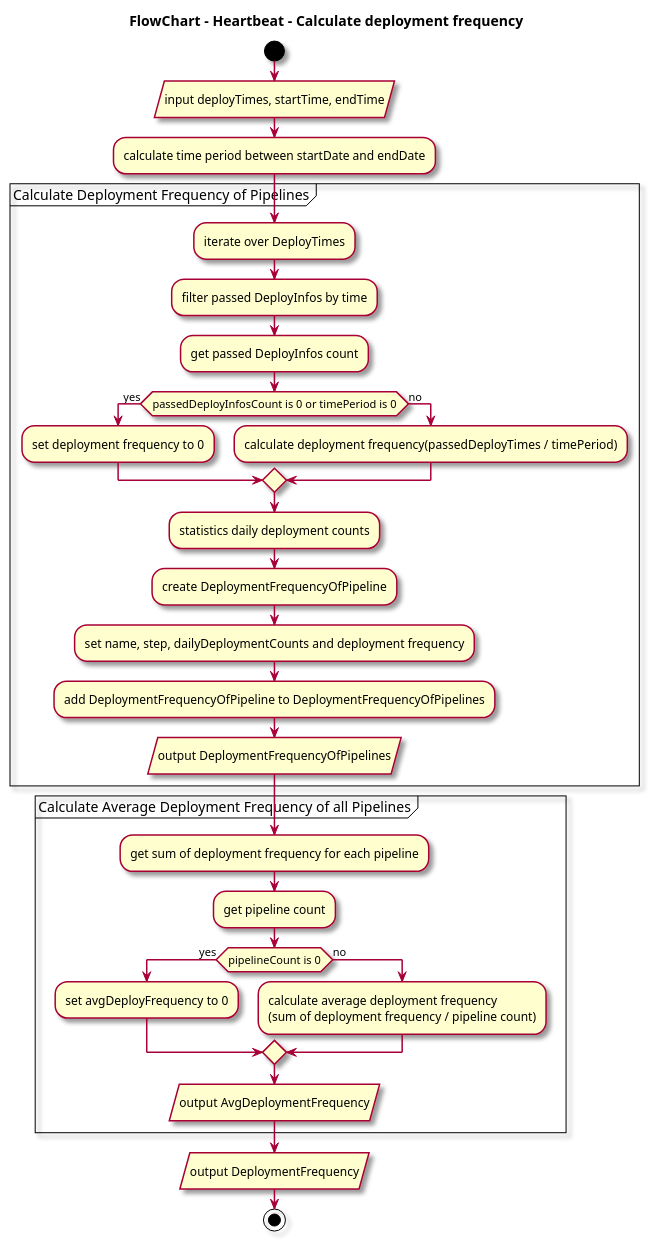
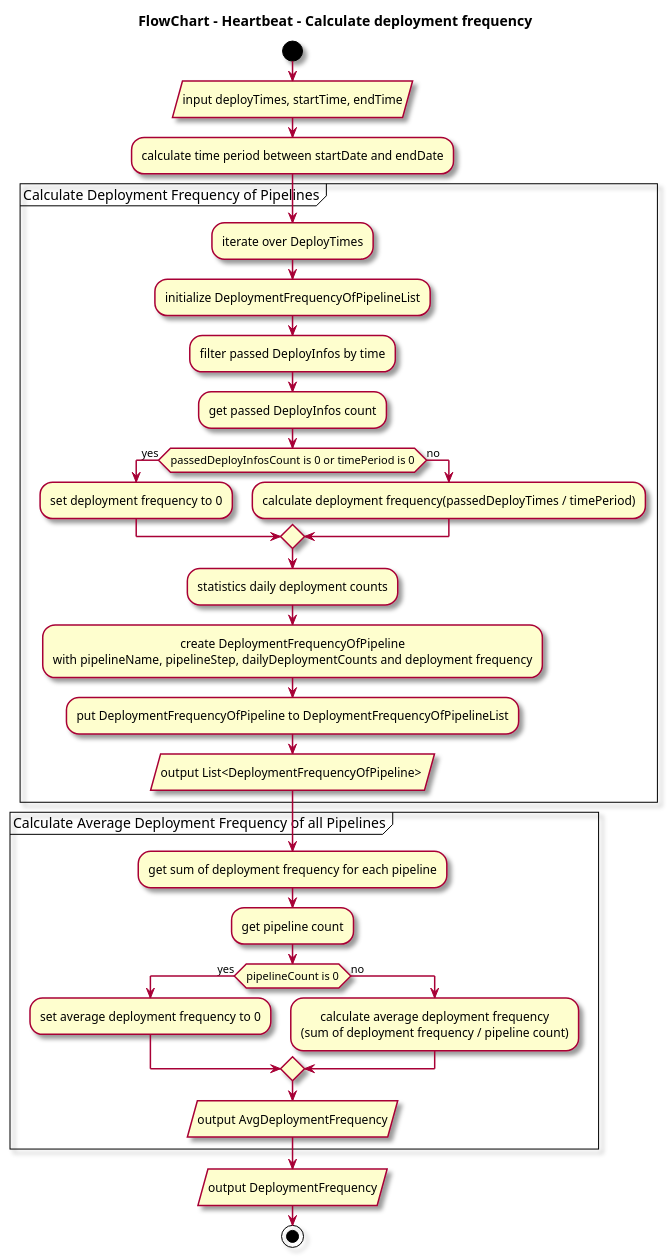
One commit to thoughtworks/HeartBeat changed the first of 3 diagrams in docs/src/pages/en/dev-center/report-calculation-diagrams.md. Above: the diagram before and after it, drawn with PlantUML. The commit also changed other lines of this file and 2 other files, not shown here.

````diff
--- a/docs/src/pages/en/dev-center/report-calculation-diagrams.md
+++ b/docs/src/pages/en/dev-center/report-calculation-diagrams.md
@@ -9,37 +9,39 @@
 ```plantuml
 @startuml deployment frequency
 skin rose
+skinparam defaultTextAlignment center
 title FlowChart - Heartbeat - Calculate deployment frequency
 start
 :input deployTimes, startTime, endTime/
 :calculate time period between startDate and endDate;
 partition "Calculate Deployment Frequency of Pipelines" {
   :iterate over DeployTimes;
+  :initialize DeploymentFrequencyOfPipelineList;
     :filter passed DeployInfos by time;
     :get passed DeployInfos count;
     if (passedDeployInfosCount is 0 or timePeriod is 0) then (yes)
       :set deployment frequency to 0;
     else (no)
       :calculate deployment frequency(passedDeployTimes / timePeriod);
     endif
     :statistics daily deployment counts;
-    :create DeploymentFrequencyOfPipeline;
-    :set name, step, dailyDeploymentCounts and deployment frequency;
-    :add DeploymentFrequencyOfPipeline to DeploymentFrequencyOfPipelines;
-  :output DeploymentFrequencyOfPipelines/
+    :create DeploymentFrequencyOfPipeline
+    with pipelineName, pipelineStep, dailyDeploymentCounts and deployment frequency;
+    :put DeploymentFrequencyOfPipeline to DeploymentFrequencyOfPipelineList;
+  :output List<DeploymentFrequencyOfPipeline> /
 }
 partition "Calculate Average Deployment Frequency of all Pipelines" {
   :get sum of deployment frequency for each pipeline;
   :get pipeline count;
   if (pipelineCount is 0) then (yes)
-    :set avgDeployFrequency to 0;
+    :set average deployment frequency to 0;
   else (no)
     :calculate average deployment frequency
     (sum of deployment frequency / pipeline count);
   endif
   :output AvgDeploymentFrequency/
 }
 :output DeploymentFrequency/
 stop
 @enduml
 ```
````
